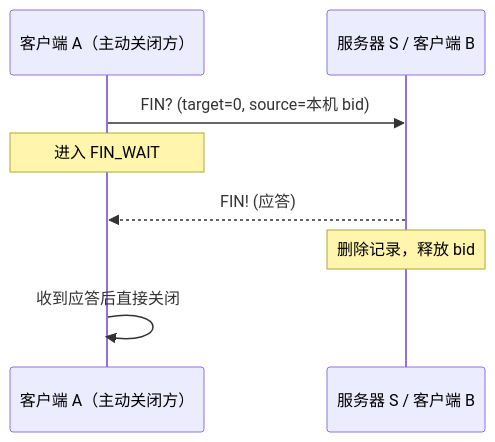
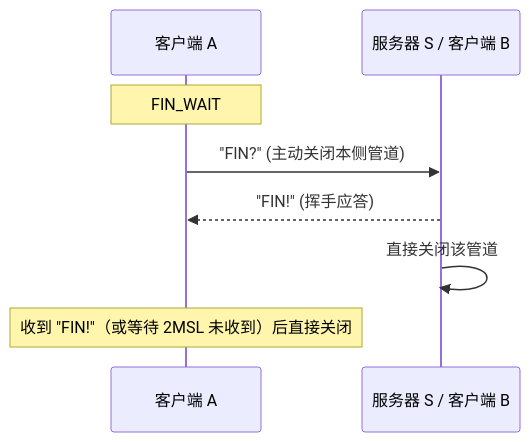
The third of 5 diagrams in docs/workflow.md (moky/magpie), drawn with Mermaid before and after one commit. The commit also changed other lines of this file and 11 other files, not shown here.

````diff
--- a/docs/workflow.md
+++ b/docs/workflow.md
@@ -94,11 +106,11 @@
 ```mermaid
 sequenceDiagram
-    participant A as 客户端 A（主动关闭方）
-    participant S as 服务器 S / 客户端 B
+    participant A as 客户端 A
+    participant B as 服务器 S / 客户端 B
 
-    A->>S: FIN? (target=0, source=本机 bid)
-    Note over A: 进入 FIN_WAIT
-    S-->>A: FIN! (应答)
-    Note over S: 删除记录，释放 bid
-    A->>A: 收到应答后直接关闭
+    Note over A: FIN_WAIT
+    A->>B: "FIN?" (主动关闭本侧管道)
+    B-->>A: "FIN!" (挥手应答)
+    B->>B: 直接关闭该管道
+    Note over A: 收到 "FIN!"（或等待 2MSL 未收到）后直接关闭
 ```
````
